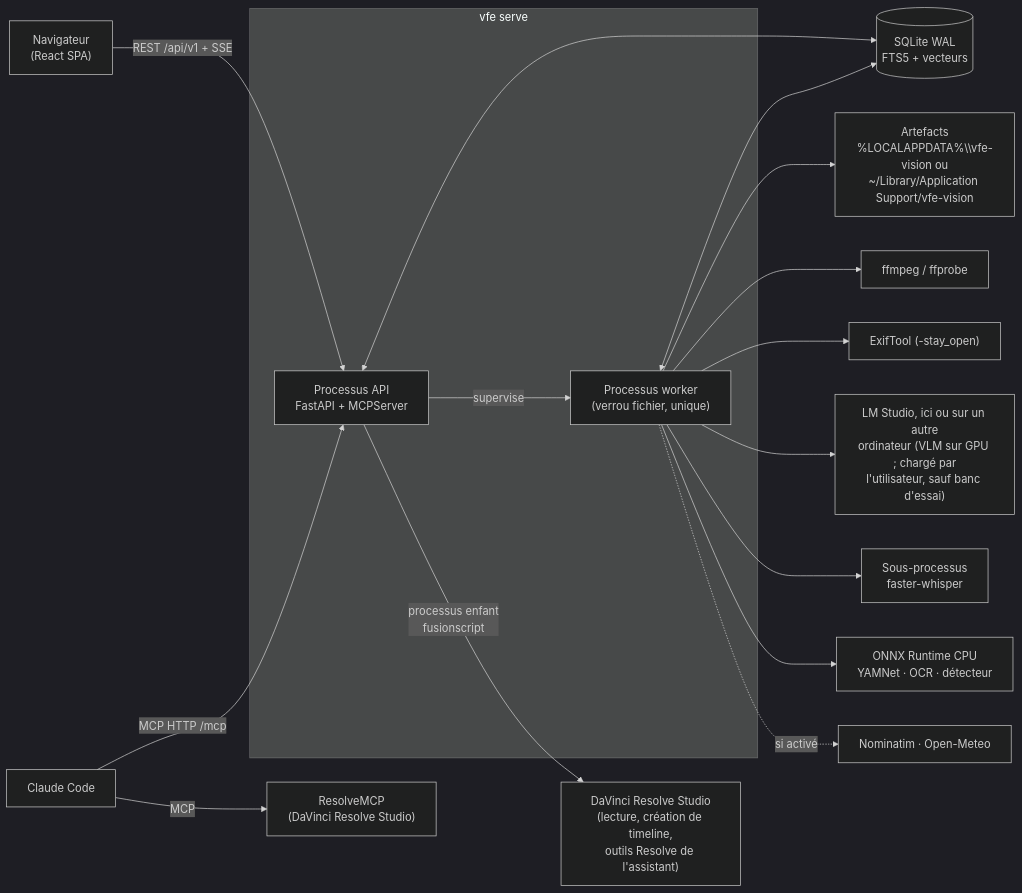
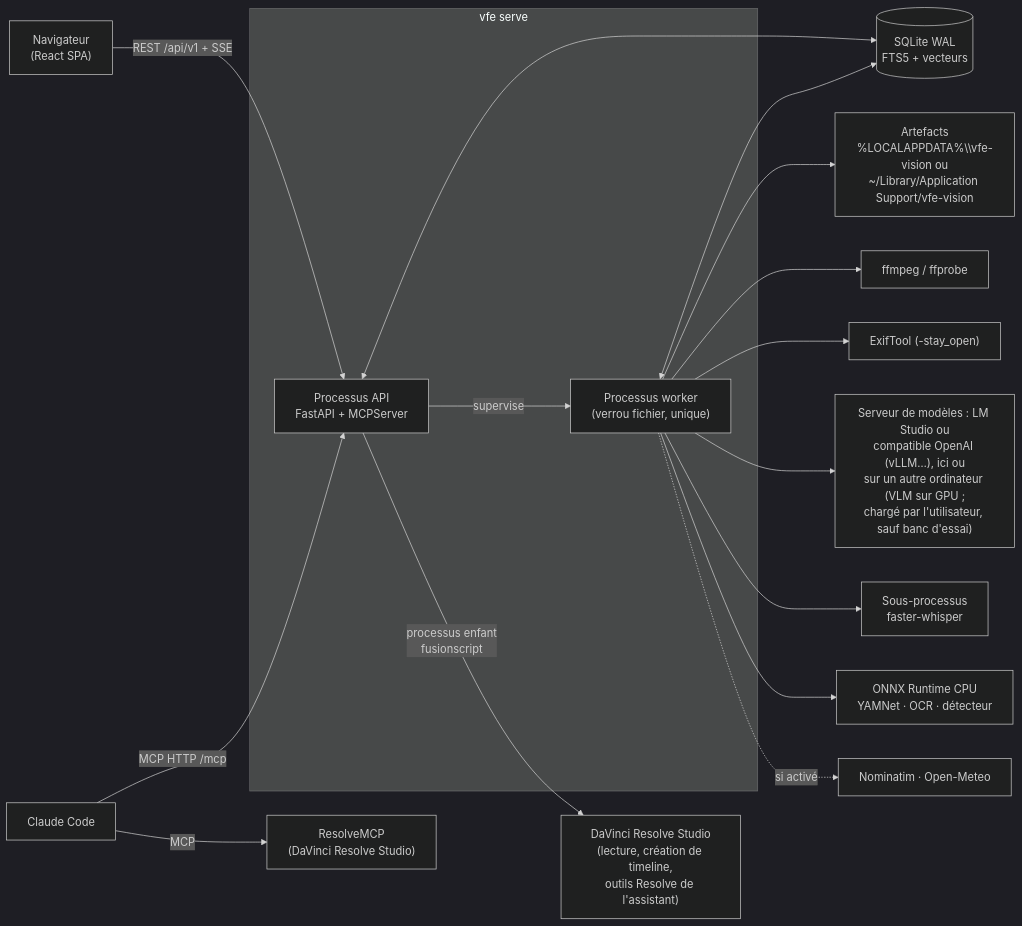
One commit to VideoFrameExpedition/video-frame-expedition-resolve changed the diagram in docs/architecture.fr.md. Above: the diagram before and after it, drawn with Mermaid (dark theme). The commit also changed other lines of this file and 51 other files, not shown here.

First line of the commit message:
Use an OpenAI-compatible model server (vLLM…) next to LM Studio, version 1.4.0

````diff
--- a/docs/architecture.fr.md
+++ b/docs/architecture.fr.md
@@ -7,23 +7,23 @@
 ```mermaid
 flowchart LR
     Browser["Navigateur<br/>(React SPA)"] -- "REST /api/v1 + SSE" --> API
     Claude["Claude Code"] -- "MCP HTTP /mcp" --> API
     Claude -- "MCP" --> Resolve["ResolveMCP<br/>(DaVinci Resolve Studio)"]
     API -- "processus enfant<br/>fusionscript" --> ResolveApp["DaVinci Resolve Studio<br/>(lecture, création de timeline,<br/>outils Resolve de l'assistant)"]
 
     subgraph serve["vfe serve"]
         API["Processus API<br/>FastAPI + MCPServer"]
         Worker["Processus worker<br/>(verrou fichier, unique)"]
         API -- "supervise" --> Worker
     end
 
     API <--> DB[("SQLite WAL<br/>FTS5 + vecteurs")]
     Worker <--> DB
     Worker --> Artifacts["Artefacts<br/>%LOCALAPPDATA%\\vfe-vision ou<br/>~/Library/Application Support/vfe-vision"]
     Worker --> FFmpeg["ffmpeg / ffprobe"]
     Worker --> ExifTool["ExifTool (-stay_open)"]
-    Worker --> LMStudio["LM Studio, ici ou sur un autre<br/>ordinateur (VLM sur GPU ; chargé par<br/>l'utilisateur, sauf banc d'essai)"]
+    Worker --> LMStudio["Serveur de modèles : LM Studio ou<br/>compatible OpenAI (vLLM…), ici ou<br/>sur un autre ordinateur (VLM sur GPU ;<br/>chargé par l'utilisateur, sauf banc d'essai)"]
     Worker --> ASR["Sous-processus<br/>faster-whisper"]
     Worker --> ONNX["ONNX Runtime CPU<br/>YAMNet · OCR · détecteur"]
     Worker -. "si activé" .-> Web["Nominatim · Open-Meteo"]
 ```
````
